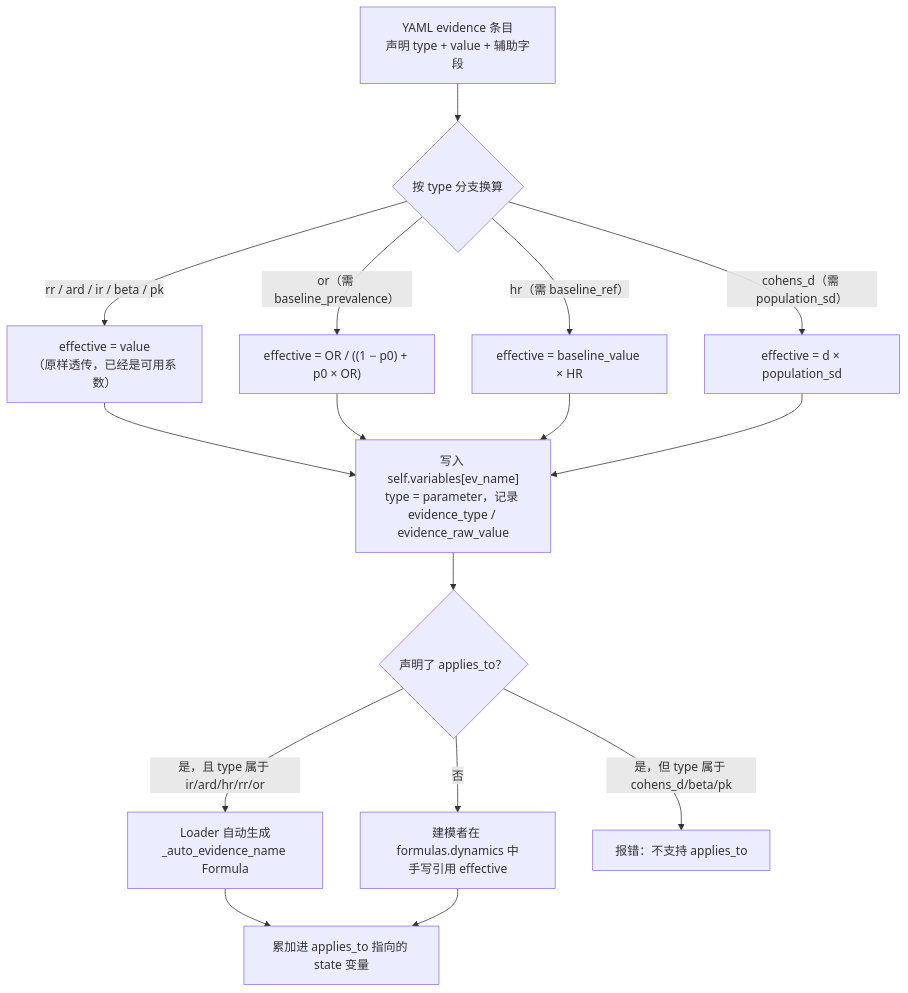
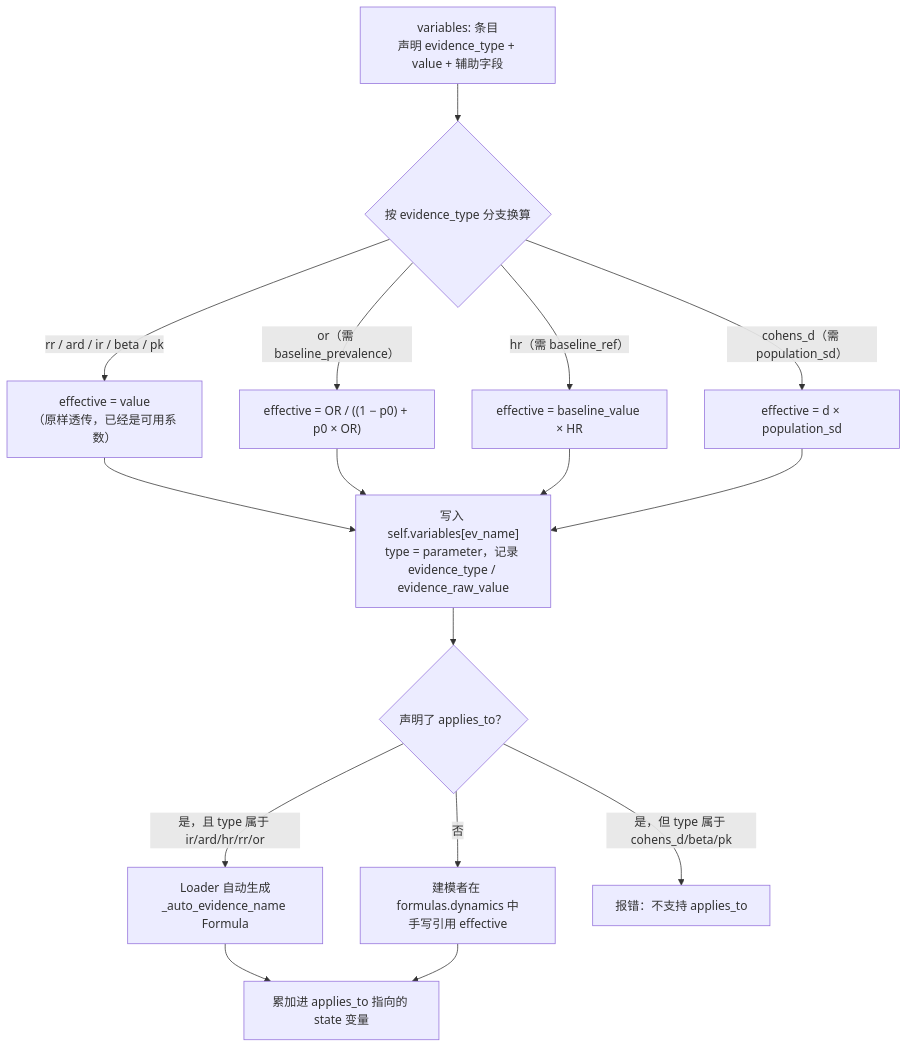
One commit to shenfan19/life-matters-reference-engine changed the first of 2 diagrams in docs/evidence/conversion.md. Above: the diagram before and after it, drawn with Mermaid. The commit also changed other lines of this file and 4 other files, not shown here.

````diff
--- a/docs/evidence/conversion.md
+++ b/docs/evidence/conversion.md
@@ -17,18 +17,18 @@
 ```mermaid
 flowchart TD
-    Y["YAML evidence 条目<br/>声明 type + value + 辅助字段"] --> T{"按 type 分支换算"}
+    Y["variables: 条目<br/>声明 evidence_type + value + 辅助字段"] --> T{"按 evidence_type 分支换算"}
     T -->|"rr / ard / ir / beta / pk"| S1["effective = value<br/>（原样透传，已经是可用系数）"]
     T -->|"or（需 baseline_prevalence）"| S2["effective = OR / ((1 − p0) + p0 × OR)"]
     T -->|"hr（需 baseline_ref）"| S3["effective = baseline_value × HR"]
     T -->|"cohens_d（需 population_sd）"| S4["effective = d × population_sd"]
     S1 --> V["写入 self.variables[ev_name]<br/>type = parameter，记录 evidence_type / evidence_raw_value"]
     S2 --> V
     S3 --> V
     S4 --> V
     V --> A{"声明了 applies_to？"}
     A -->|"否"| M["建模者在 formulas.dynamics 中<br/>手写引用 effective"]
     A -->|"是，且 type 属于 ir/ard/hr/rr/or"| G["Loader 自动生成<br/>_auto_evidence_name Formula"]
     A -->|"是，但 type 属于 cohens_d/beta/pk"| E["报错：不支持 applies_to"]
     G --> D["累加进 applies_to 指向的 state 变量"]
     M --> D
 ```
````
